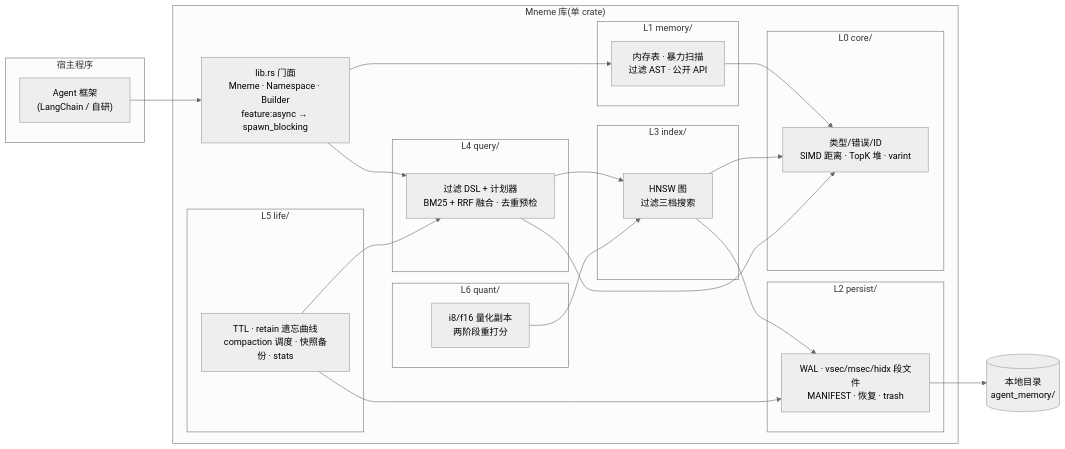
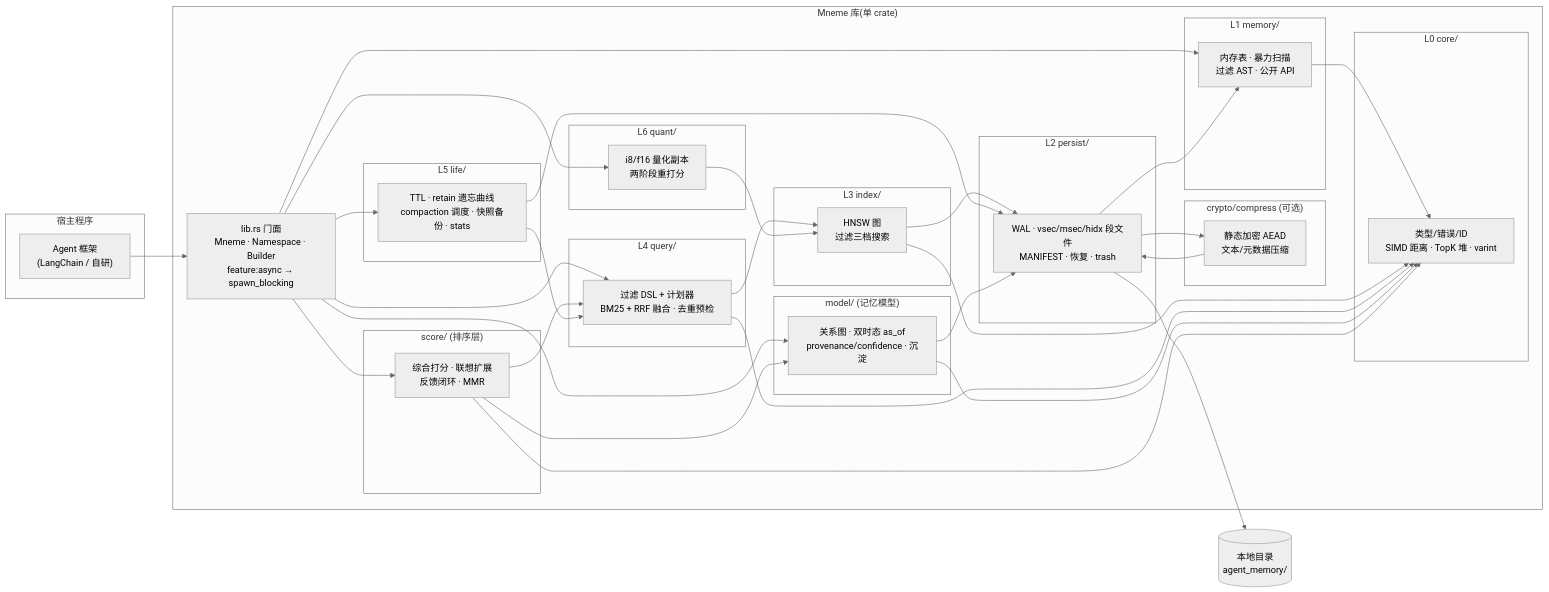
Before and after one commit to oxroot-crypto/mneme: the diagram in docs/design/01-overview.md, drawn with Mermaid (neutral theme). The commit also changed other lines of this file and 25 other files, not shown here.

````diff
--- a/docs/design/01-overview.md
+++ b/docs/design/01-overview.md
@@ -45,44 +55,65 @@
 ```mermaid
 flowchart LR
     subgraph 宿主程序
         APP["Agent 框架<br/>(LangChain / 自研)"]
     end
     subgraph "Mneme 库(单 crate)"
         F["lib.rs 门面<br/>Mneme · Namespace · Builder<br/>feature:async → spawn_blocking"]
         subgraph "L6 quant/"
             QT["i8/f16 量化副本<br/>两阶段重打分"]
         end
         subgraph "L5 life/"
             LIFE["TTL · retain 遗忘曲线<br/>compaction 调度 · 快照备份 · stats"]
         end
         subgraph "L4 query/"
             QUERY["过滤 DSL + 计划器<br/>BM25 + RRF 融合 · 去重预检"]
+        end
+        subgraph "model/ (记忆模型)"
+            MODEL["关系图 · 双时态 as_of<br/>provenance/confidence · 沉淀"]
+        end
+        subgraph "score/ (排序层)"
+            SCORE["综合打分 · 联想扩展<br/>反馈闭环 · MMR"]
+        end
+        subgraph "crypto/compress (可选)"
+            SEC["静态加密 AEAD<br/>文本/元数据压缩"]
         end
         subgraph "L3 index/"
             HNSW["HNSW 图<br/>过滤三档搜索"]
         end
         subgraph "L2 persist/"
             STORE["WAL · vsec/msec/hidx 段文件<br/>MANIFEST · 恢复 · trash"]
         end
         subgraph "L1 memory/"
             MEM["内存表 · 暴力扫描<br/>过滤 AST · 公开 API"]
         end
         subgraph "L0 core/"
             CORE["类型/错误/ID<br/>SIMD 距离 · TopK 堆 · varint"]
         end
     end
     DISK[("本地目录<br/>agent_memory/")]
 
     APP --> F
     F --> QUERY
+    F --> LIFE
+    F --> QT
+    F --> MEM
+    F --> MODEL
+    F --> SCORE
+    SCORE --> QUERY
+    SCORE --> MODEL
     QUERY --> HNSW
     LIFE --> QUERY
     HNSW --> STORE
     QT --> HNSW
     LIFE --> STORE
-    F --> MEM
+    MODEL --> STORE
+    STORE --> SEC
+    SEC --> STORE
+    STORE --> MEM
     MEM --> CORE
     HNSW --> CORE
     QUERY --> CORE
+    MODEL --> CORE
+    SCORE --> CORE
     STORE --> DISK
 ```
````
